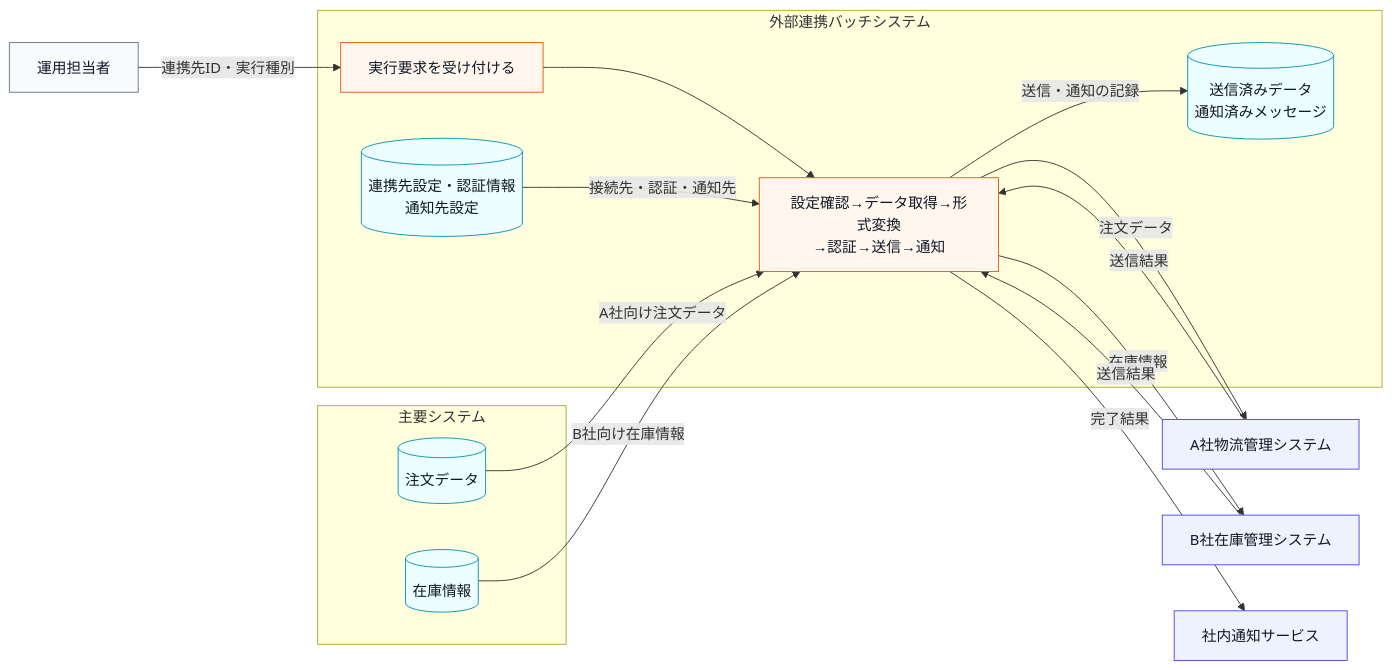
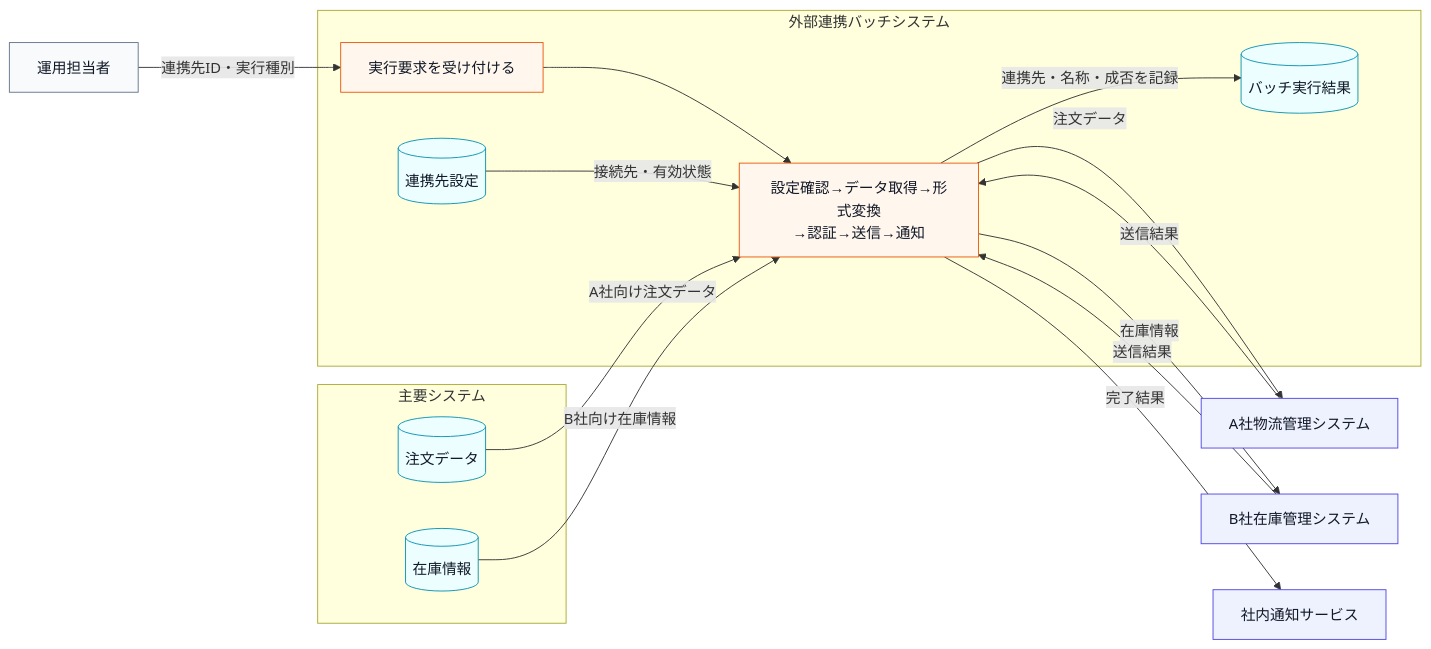
The first of 12 diagrams in kindle/design-patterns/output/chapter10.md (kumachan1101-pixel/DesignPattern), drawn with Mermaid before and after one commit. The commit also changed other lines of this file and 6 other files, not shown here.

````diff
--- a/kindle/design-patterns/output/chapter10.md
+++ b/kindle/design-patterns/output/chapter10.md
@@ -46,36 +47,36 @@
 ```mermaid
 flowchart LR
     O["運用担当者"] -->|"連携先ID・実行種別"| Q["実行要求を受け付ける"]
 
     subgraph CORE["主要システム"]
         ORD[("注文データ")]
         STK[("在庫情報")]
     end
 
     subgraph BATCH["外部連携バッチシステム"]
         Q
-        CFG[("連携先設定・認証情報<br>通知先設定")]
+        CFG[("連携先設定")]
         F["設定確認→データ取得→形式変換<br>→認証→送信→通知"]
-        LOG[("送信済みデータ<br>通知済みメッセージ")]
+        LOG[("バッチ実行結果")]
         Q --> F
-        CFG -->|"接続先・認証・通知先"| F
-        F -->|"送信・通知の記録"| LOG
+        CFG -->|"接続先・有効状態"| F
+        F -->|"連携先・名称・成否を記録"| LOG
     end
 
     ORD -->|"A社向け注文データ"| F
     STK -->|"B社向け在庫情報"| F
     F -->|"注文データ"| A["A社物流管理システム"]
     A -->|"送信結果"| F
     F -->|"在庫情報"| B["B社在庫管理システム"]
     B -->|"送信結果"| F
     F -->|"完了結果"| N["社内通知サービス"]
 
     classDef actor fill:#f8fafc,stroke:#64748b,color:#111827;
     classDef data fill:#ecfeff,stroke:#0891b2,color:#111827;
     classDef process fill:#fff7ed,stroke:#ea580c,color:#111827;
     classDef boundary fill:#eef2ff,stroke:#4f46e5,color:#111827;
     class O actor;
     class ORD,STK,CFG,LOG data;
     class Q,F process;
     class A,B,N boundary;
 ```
````
